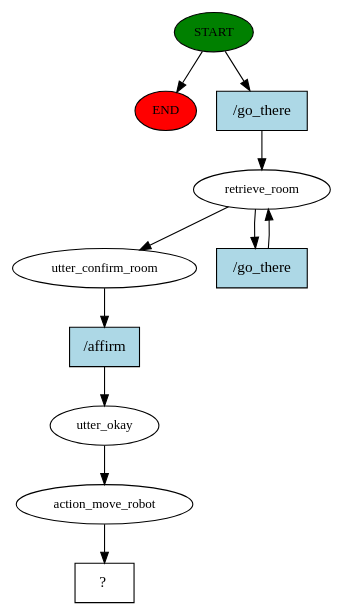
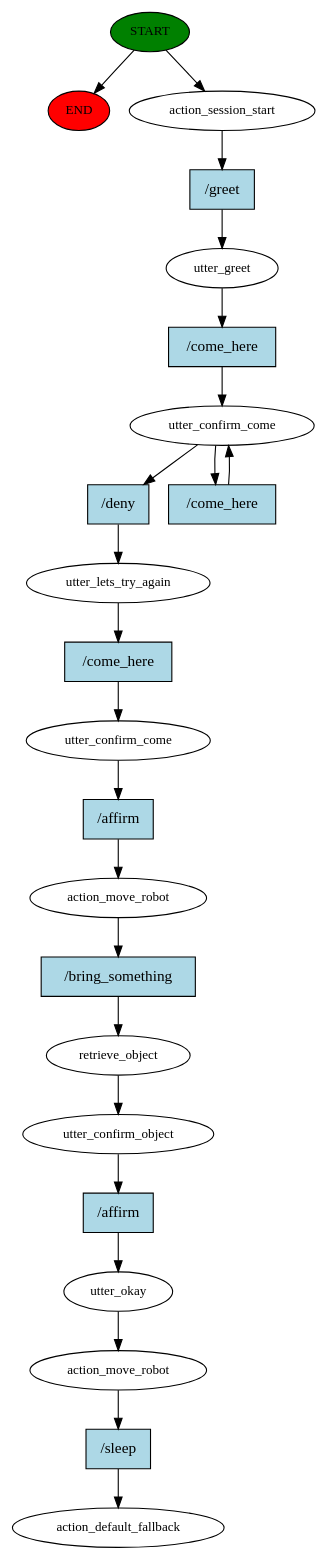
Before and after one commit to rballachay/morbius: the diagram in data/rasa/story_graph.dot, drawn with Graphviz. The commit also changed 5 other files, not shown here.

```diff
--- a/data/rasa/story_graph.dot
+++ b/data/rasa/story_graph.dot
@@ -1,22 +1,46 @@
 digraph  {
 0 [class="start active", fillcolor=green, fontsize=12, label=START, style=filled];
 "-1" [class=end, fillcolor=red, fontsize=12, label=END, style=filled];
-1 [class=active, fontsize=12, label=retrieve_room];
-3 [class=active, fontsize=12, label=utter_confirm_room];
-4 [class=active, fontsize=12, label=utter_okay];
-5 [class=active, fontsize=12, label=action_move_robot];
-6 [class="intent dashed active", label="  ?  ", shape=rect];
-7 [class="intent active", fillcolor=lightblue, label="/go_there", shape=rect, style=filled];
-8 [class="intent active", fillcolor=lightblue, label="/go_there", shape=rect, style=filled];
-9 [class="intent active", fillcolor=lightblue, label="/affirm", shape=rect, style=filled];
+1 [class=active, fontsize=12, label=action_session_start];
+2 [class=active, fontsize=12, label=utter_greet];
+3 [class=active, fontsize=12, label=utter_confirm_come];
+5 [class=active, fontsize=12, label=utter_lets_try_again];
+6 [class=active, fontsize=12, label=utter_confirm_come];
+7 [class=active, fontsize=12, label=action_move_robot];
+8 [class=active, fontsize=12, label=retrieve_object];
+9 [class=active, fontsize=12, label=utter_confirm_object];
+10 [class=active, fontsize=12, label=utter_okay];
+11 [class=active, fontsize=12, label=action_move_robot];
+12 [class="dashed active", fontsize=12, label=action_default_fallback];
+13 [class="intent active", fillcolor=lightblue, label="/greet", shape=rect, style=filled];
+14 [class="intent active", fillcolor=lightblue, label="/come_here", shape=rect, style=filled];
+15 [class="intent active", fillcolor=lightblue, label="/deny", shape=rect, style=filled];
+16 [class="intent active", fillcolor=lightblue, label="/come_here", shape=rect, style=filled];
+17 [class="intent active", fillcolor=lightblue, label="/come_here", shape=rect, style=filled];
+18 [class="intent active", fillcolor=lightblue, label="/affirm", shape=rect, style=filled];
+19 [class="intent active", fillcolor=lightblue, label="/bring_something", shape=rect, style=filled];
+20 [class="intent active", fillcolor=lightblue, label="/affirm", shape=rect, style=filled];
+21 [class="intent active", fillcolor=lightblue, label="/sleep", shape=rect, style=filled];
 0 -> "-1"  [class="", key=NONE, label=""];
-0 -> 7  [class=active, key=0];
-1 -> 3  [class=active, key=NONE, label=""];
-1 -> 8  [class=active, key=0];
-3 -> 9  [class=active, key=0];
-4 -> 5  [class=active, key=NONE, label=""];
-5 -> 6  [class=active, key=NONE, label=""];
-7 -> 1  [class=active, key=0];
-8 -> 1  [class=active, key=0];
-9 -> 4  [class=active, key=0];
+0 -> 1  [class=active, key=NONE, label=""];
+1 -> 13  [class=active, key=0];
+2 -> 14  [class=active, key=0];
+3 -> 15  [class=active, key=0];
+3 -> 16  [class=active, key=0];
+5 -> 17  [class=active, key=0];
+6 -> 18  [class=active, key=0];
+7 -> 19  [class=active, key=0];
+8 -> 9  [class=active, key=NONE, label=""];
+9 -> 20  [class=active, key=0];
+10 -> 11  [class=active, key=NONE, label=""];
+11 -> 21  [class=active, key=0];
+13 -> 2  [class=active, key=0];
+14 -> 3  [class=active, key=0];
+15 -> 5  [class=active, key=0];
+16 -> 3  [class=active, key=0];
+17 -> 6  [class=active, key=0];
+18 -> 7  [class=active, key=0];
+19 -> 8  [class=active, key=0];
+20 -> 10  [class=active, key=0];
+21 -> 12  [class=active, key=0];
 }
```
